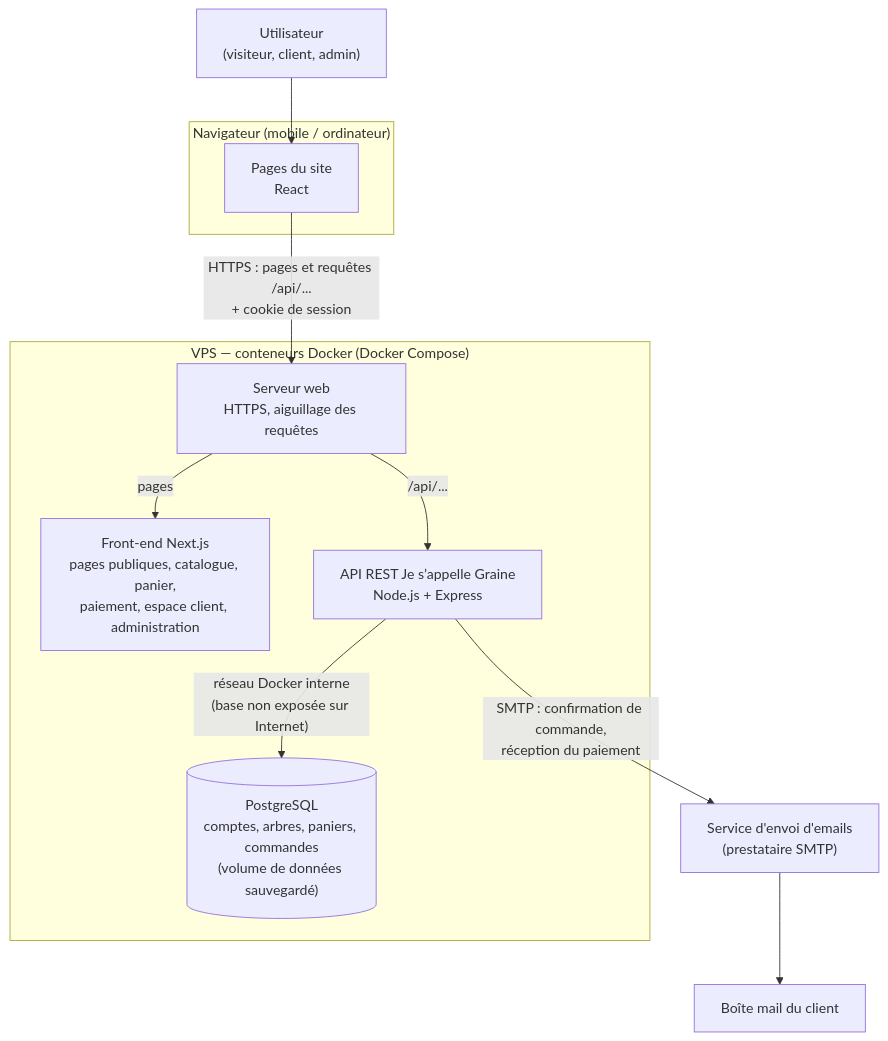
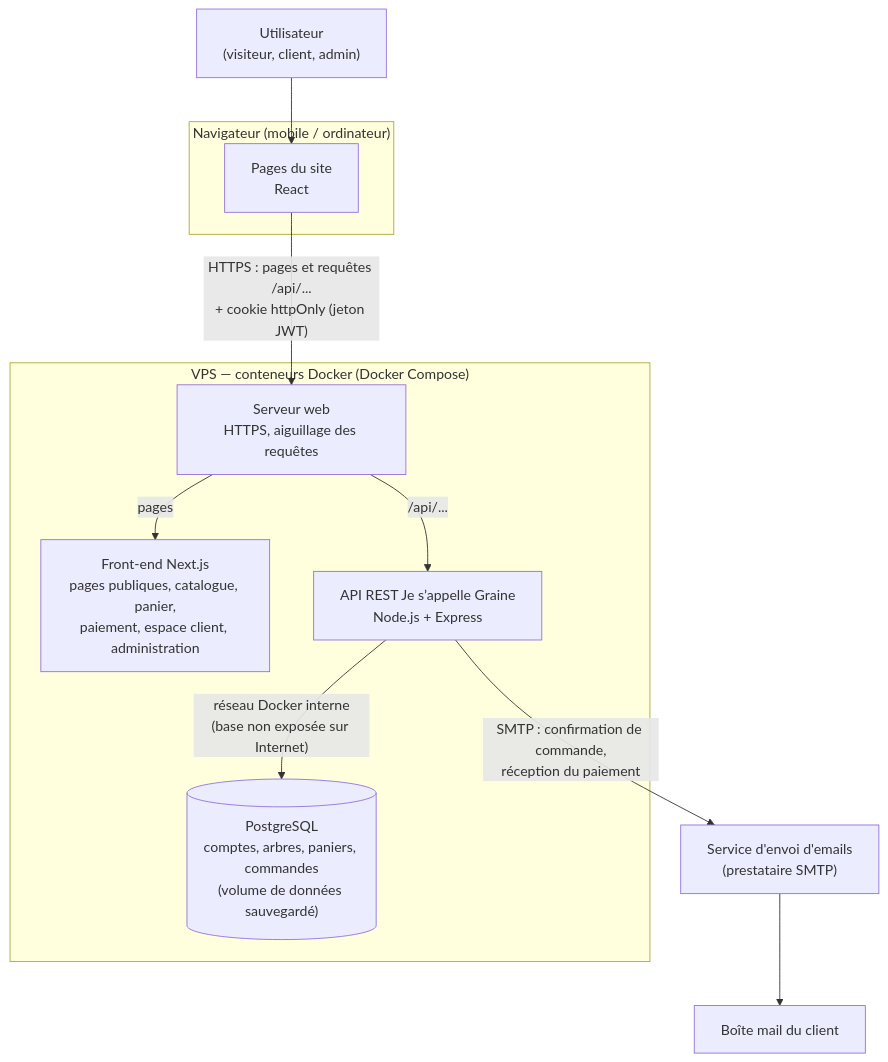
Before and after one commit to DimitryDereppe/je-s-appelle-graine: the first of 3 diagrams in docs/conception/diagrammes/01-architecture.md, drawn with Mermaid. The commit also changed other lines of this file and 24 other files, not shown here.

Commit message:
docs: modèle de données (acheteur, nom et lieu dans la commande, dates de statut), routes admin /api/admin, diagrammes PlantUML et user stories alignées

````diff
--- a/docs/conception/diagrammes/01-architecture.md
+++ b/docs/conception/diagrammes/01-architecture.md
@@ -13,26 +13,26 @@
 ```mermaid
 flowchart TB
     U["Utilisateur<br/>(visiteur, client, admin)"]
 
     subgraph NAV["Navigateur (mobile / ordinateur)"]
         P["Pages du site<br/>React"]
     end
 
     subgraph VPS["VPS — conteneurs Docker (Docker Compose)"]
         W["Serveur web<br/>HTTPS, aiguillage des requêtes"]
         F["Front-end Next.js<br/>pages publiques, catalogue, panier,<br/>paiement, espace client, administration"]
         API["API REST Je s’appelle Graine<br/>Node.js + Express"]
         DB[("PostgreSQL<br/>comptes, arbres, paniers, commandes<br/>(volume de données sauvegardé)")]
     end
 
     MAIL["Service d'envoi d'emails<br/>(prestataire SMTP)"]
     BOX["Boîte mail du client"]
 
     U --> P
-    P -- "HTTPS : pages et requêtes /api/...<br/>+ cookie de session" --> W
+    P -- "HTTPS : pages et requêtes /api/...<br/>+ cookie httpOnly (jeton JWT)" --> W
     W -- "pages" --> F
     W -- "/api/..." --> API
     API -- "réseau Docker interne<br/>(base non exposée sur Internet)" --> DB
     API -- "SMTP : confirmation de commande,<br/>réception du paiement" --> MAIL
     MAIL --> BOX
 ```
````
